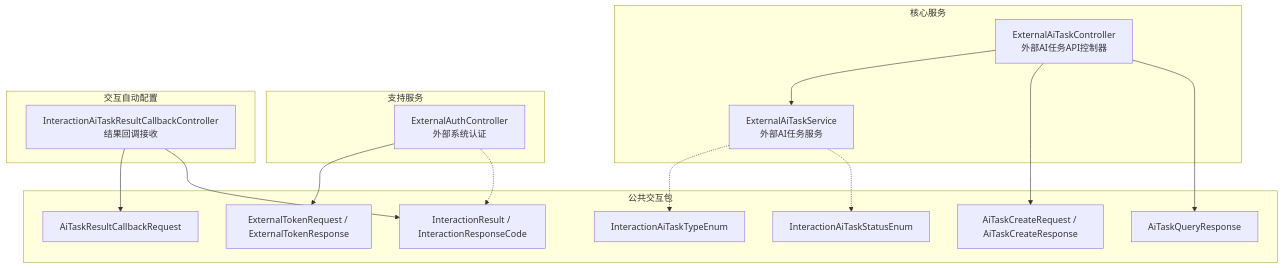
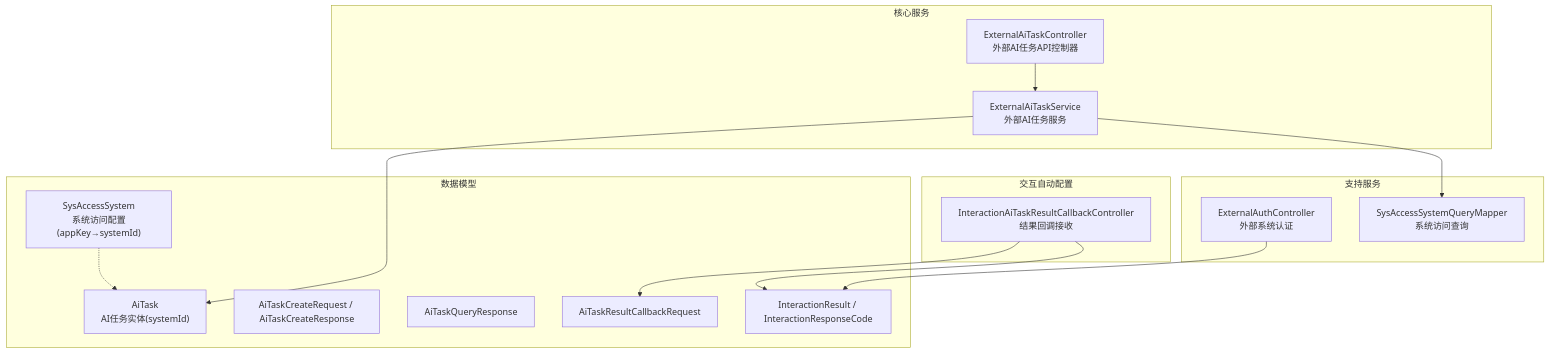
The first of 8 diagrams in .qoder/repowiki/zh/content/API接口文档/外部系统集成API/外部AI任务API.md (DrunkFood/First), drawn with Mermaid before and after one commit. The commit also changed other lines of this file and 58 other files, not shown here.

````diff
--- a/.qoder/repowiki/zh/content/API接口文档/外部系统集成API/外部AI任务API.md
+++ b/.qoder/repowiki/zh/content/API接口文档/外部系统集成API/外部AI任务API.md
@@ -52,31 +54,29 @@
 ```mermaid
 graph TB
 subgraph "核心服务"
 C1["ExternalAiTaskController<br/>外部AI任务API控制器"]
 C2["ExternalAiTaskService<br/>外部AI任务服务"]
 end
 subgraph "支持服务"
 S1["ExternalAuthController<br/>外部系统认证"]
+S2["SysAccessSystemQueryMapper<br/>系统访问查询"]
 end
 subgraph "交互自动配置"
 I1["InteractionAiTaskResultCallbackController<br/>结果回调接收"]
 end
-subgraph "公共交互包"
-D1["AiTaskCreateRequest / AiTaskCreateResponse"]
-D2["AiTaskQueryResponse"]
-D3["AiTaskResultCallbackRequest"]
-D4["ExternalTokenRequest / ExternalTokenResponse"]
+subgraph "数据模型"
+D1["AiTask<br/>AI任务实体(systemId)"]
+D2["SysAccessSystem<br/>系统访问配置(appKey→systemId)"]
+D3["AiTaskCreateRequest / AiTaskCreateResponse"]
+D4["AiTaskQueryResponse"]
+D5["AiTaskResultCallbackRequest"]
 R1["InteractionResult / InteractionResponseCode"]
-E1["InteractionAiTaskTypeEnum"]
-E2["InteractionAiTaskStatusEnum"]
 end
 C1 --> C2
-C1 --> D1
-C1 --> D2
-S1 --> D4
-I1 --> D3
+C2 --> S2
+C2 --> D1
+S1 --> R1
+I1 --> D5
 I1 --> R1
-C2 -.-> E1
-C2 -.-> E2
-S1 -.-> R1
+D2 -.-> D1
 ```
````
